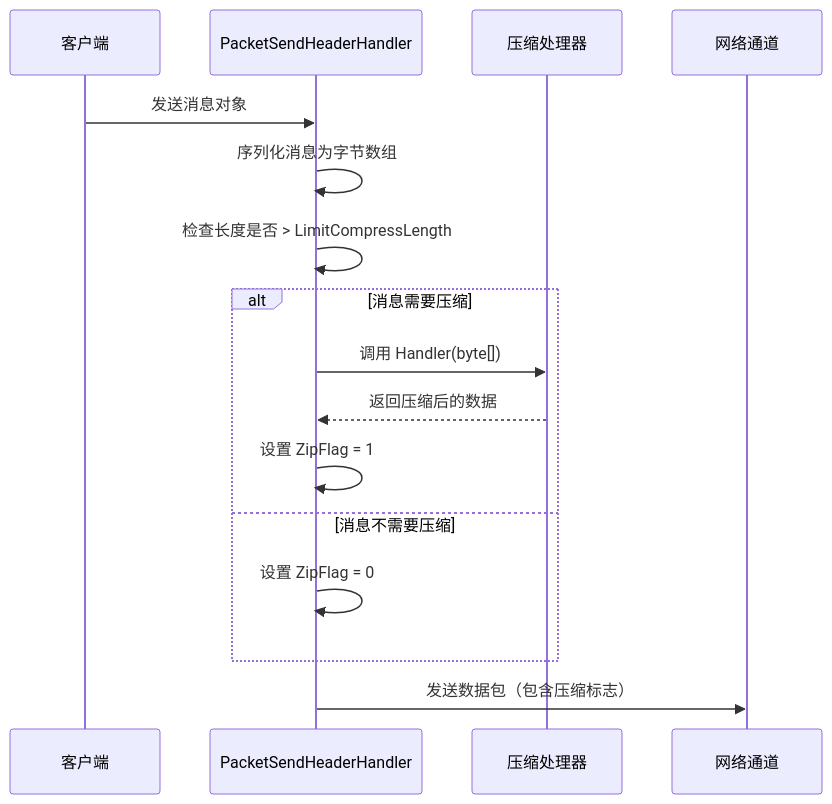
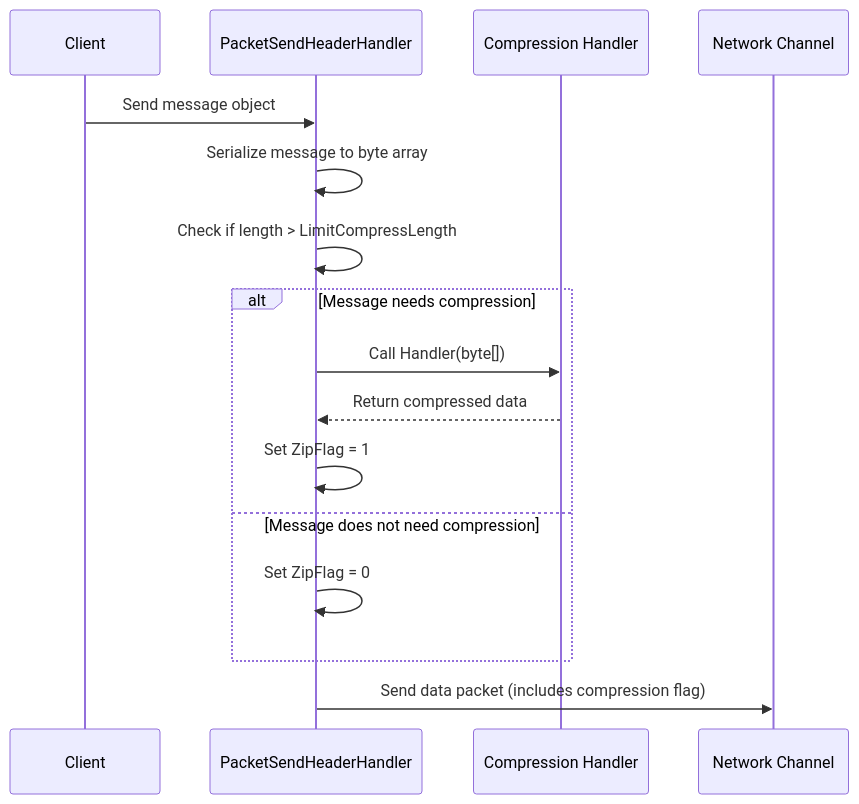
One commit to AlianBlank/GameFrameX.Docs changed the second of 3 diagrams in docs/en/client/unity/component/network/10.message-compression.md. Above: the diagram before and after it, drawn with Mermaid. The commit also changed other lines of this file and 242 other files, not shown here.

````diff
--- a/docs/en/client/unity/component/network/10.message-compression.md
+++ b/docs/en/client/unity/component/network/10.message-compression.md
@@ -131,21 +131,21 @@
 ```mermaid
 sequenceDiagram
-    participant Client as 客户端
+    participant Client as Client
     participant SendHeader as PacketSendHeaderHandler
-    participant Compress as 压缩处理器
-    participant Network as 网络通道
+    participant Compress as Compression Handler
+    participant Network as Network Channel
 
-    Client->>SendHeader: 发送消息对象
-    SendHeader->>SendHeader: 序列化消息为字节数组
-    SendHeader->>SendHeader: 检查长度是否 > LimitCompressLength
-    
-    alt 消息需要压缩
-        SendHeader->>Compress: 调用 Handler(byte[])
-        Compress-->>SendHeader: 返回压缩后的数据
-        SendHeader->>SendHeader: 设置 ZipFlag = 1
-    else 消息不需要压缩
-        SendHeader->>SendHeader: 设置 ZipFlag = 0
+    Client->>SendHeader: Send message object
+    SendHeader->>SendHeader: Serialize message to byte array
+    SendHeader->>SendHeader: Check if length > LimitCompressLength
+
+    alt Message needs compression
+        SendHeader->>Compress: Call Handler(byte[])
+        Compress-->>SendHeader: Return compressed data
+        SendHeader->>SendHeader: Set ZipFlag = 1
+    else Message does not need compression
+        SendHeader->>SendHeader: Set ZipFlag = 0
     end
-    
-    SendHeader->>Network: 发送数据包（包含压缩标志）
+
+    SendHeader->>Network: Send data packet (includes compression flag)
 ```
````
